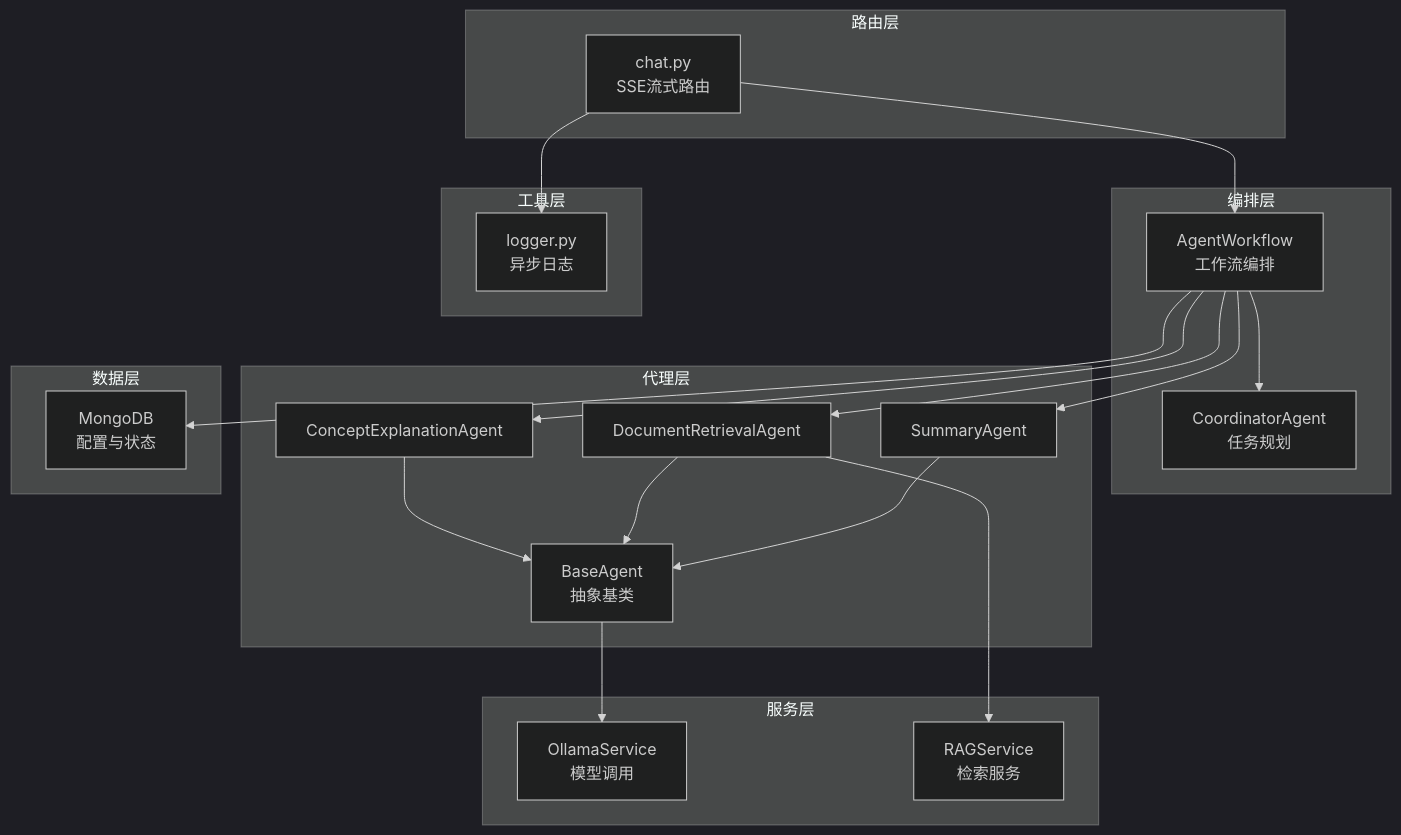
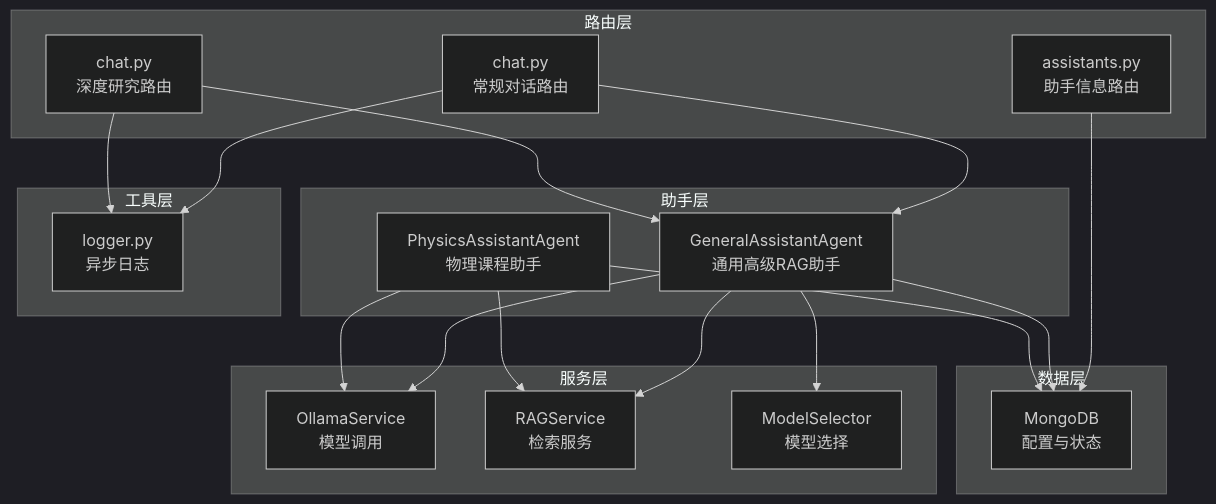
The first of 7 diagrams in .qoder/repowiki/zh/content/核心功能模块/AI代理系统/代理工作流编排.md (iammm0/advanced-rag), drawn with Mermaid (dark theme) before and after one commit. The commit also changed other lines of this file and 12 other files, not shown here.

````diff
--- a/.qoder/repowiki/zh/content/核心功能模块/AI代理系统/代理工作流编排.md
+++ b/.qoder/repowiki/zh/content/核心功能模块/AI代理系统/代理工作流编排.md
@@ -38,38 +43,35 @@
 ```mermaid
 graph TB
 subgraph "路由层"
-R["chat.py<br/>SSE流式路由"]
+R1["chat.py<br/>常规对话路由"]
+R2["chat.py<br/>深度研究路由"]
+RA["assistants.py<br/>助手信息路由"]
 end
-subgraph "编排层"
-W["AgentWorkflow<br/>工作流编排"]
-C["CoordinatorAgent<br/>任务规划"]
-end
-subgraph "代理层"
-E1["ConceptExplanationAgent"]
-E2["DocumentRetrievalAgent"]
-E3["SummaryAgent"]
-ABase["BaseAgent<br/>抽象基类"]
+subgraph "助手层"
+GA["GeneralAssistantAgent<br/>通用高级RAG助手"]
+PA["PhysicsAssistantAgent<br/>物理课程助手"]
 end
 subgraph "服务层"
 O["OllamaService<br/>模型调用"]
 RG["RAGService<br/>检索服务"]
+MS["ModelSelector<br/>模型选择"]
 end
 subgraph "数据层"
 DB["MongoDB<br/>配置与状态"]
 end
 subgraph "工具层"
 L["logger.py<br/>异步日志"]
 end
-R --> W
-W --> C
-W --> E1
-W --> E2
-W --> E3
-E1 --> ABase
-E2 --> ABase
-E3 --> ABase
-ABase --> O
-E2 --> RG
-W --> DB
-R --> L
+R1 --> GA
+R2 --> GA
+RA --> DB
+GA --> O
+GA --> RG
+GA --> MS
+PA --> O
+PA --> RG
+GA --> DB
+PA --> DB
+R1 --> L
+R2 --> L
 ```
````
